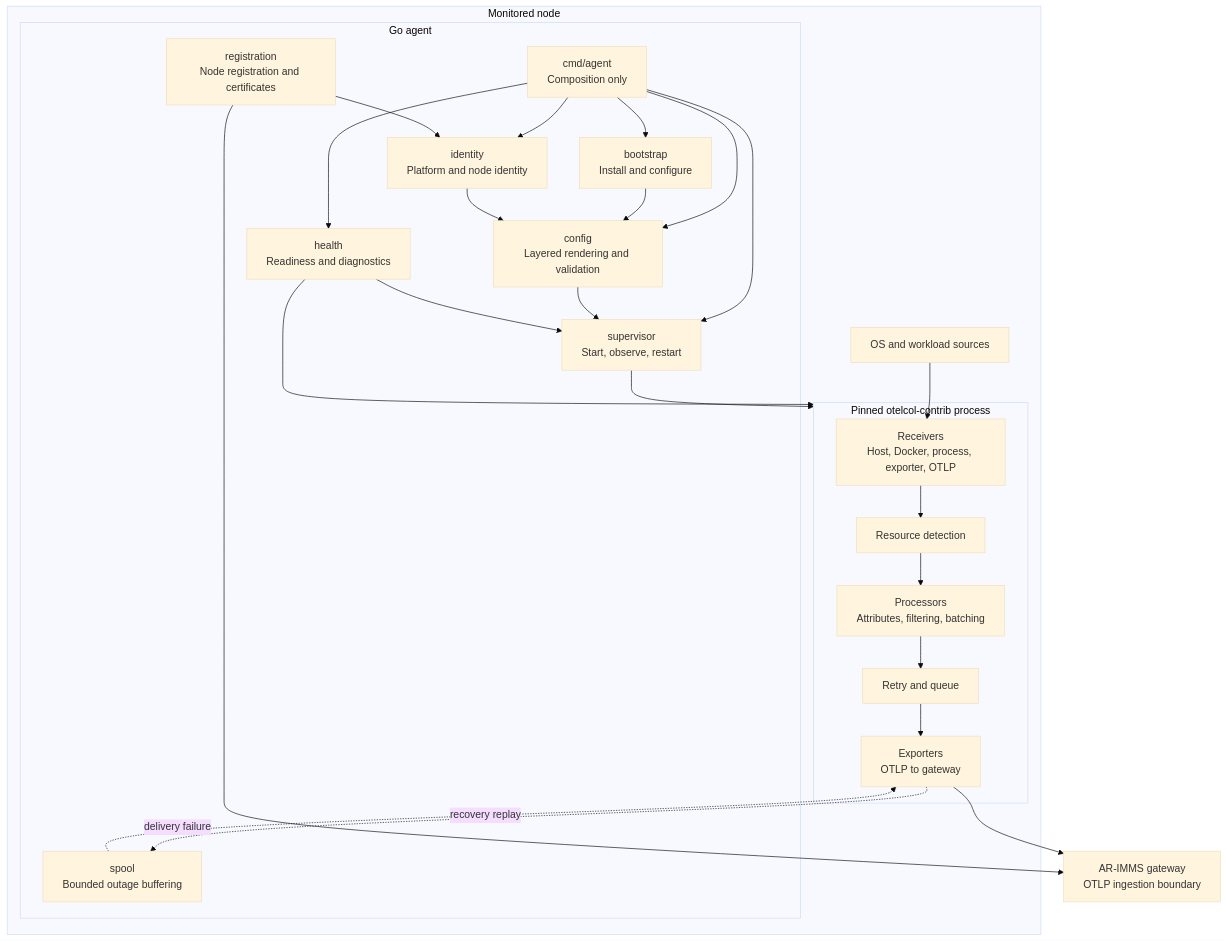
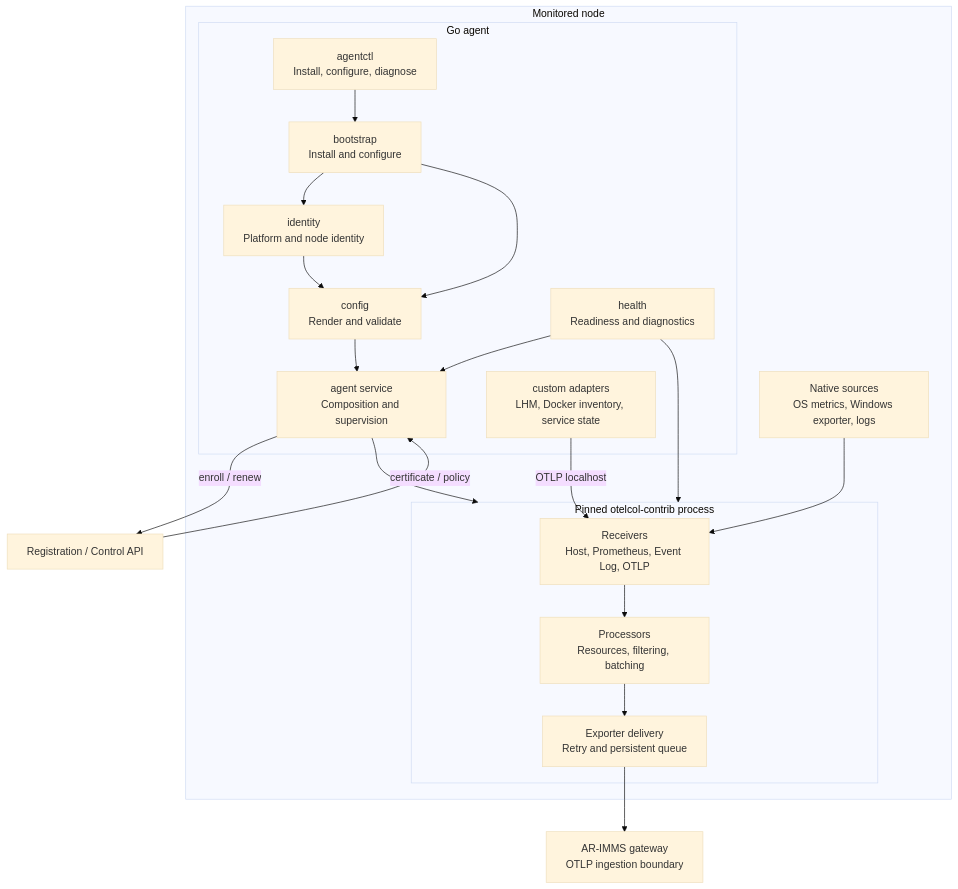
The first of 2 diagrams in docs/ARCHITECTURE.md (AR-IMMS/telemetry-agent), drawn with Mermaid (base theme) before and after one commit. The commit also changed other lines of this file, not shown here.

Commit message:
fix: architecture

`````diff
--- a/docs/ARCHITECTURE.md
+++ b/docs/ARCHITECTURE.md
@@ -26,45 +26,42 @@
 ```mermaid
 flowchart TD
     subgraph Node["Monitored node"]
         subgraph Agent["Go agent"]
-            Main["cmd/agent\nComposition only"]
-            Bootstrap["bootstrap\nInstall and configure"]
-            Identity["identity\nPlatform and node identity"]
-            Config["config\nLayered rendering and validation"]
-            Supervisor["supervisor\nStart, observe, restart"]
-            Health["health\nReadiness and diagnostics"]
-            Registration["registration\nNode registration and certificates"]
-            Spool["spool\nBounded outage buffering"]
+            CLI["agentctl<br/>Install, configure, diagnose"]
+            Runtime["agent service<br/>Composition and supervision"]
+            Bootstrap["bootstrap<br/>Install and configure"]
+            Identity["identity<br/>Platform and node identity"]
+            Config["config<br/>Render and validate"]
+            Adapters["custom adapters<br/>LHM, Docker inventory, service state"]
+            Health["health<br/>Readiness and diagnostics"]
         end
 
         subgraph OTel["Pinned otelcol-contrib process"]
-            Receivers["Receivers\nHost, Docker, process, exporter, OTLP"]
-            Resources["Resource detection"]
-            Processors["Processors\nAttributes, filtering, batching"]
-            Retry["Retry and queue"]
-            Exporters["Exporters\nOTLP to gateway"]
+            Receivers["Receivers<br/>Host, Prometheus, Event Log, OTLP"]
+            Pipeline["Processors<br/>Resources, filtering, batching"]
+            Delivery["Exporter delivery<br/>Retry and persistent queue"]
         end
 
-        Sources["OS and workload sources"]
+        Native["Native sources<br/>OS metrics, Windows exporter, logs"]
     end
 
-    Gateway["AR-IMMS gateway\nOTLP ingestion boundary"]
+    Control["Registration / Control API"]
+    Gateway["AR-IMMS gateway<br/>OTLP ingestion boundary"]
 
-    Main --> Bootstrap
-    Main --> Identity
-    Main --> Config
-    Main --> Supervisor
-    Main --> Health
+    CLI --> Bootstrap
+    Bootstrap --> Identity
     Bootstrap --> Config
     Identity --> Config
-    Config --> Supervisor
-    Supervisor --> OTel
-    Sources --> Receivers
-    Receivers --> Resources --> Processors --> Retry --> Exporters --> Gateway
-    Exporters -. delivery failure .-> Spool
-    Spool -. recovery replay .-> Exporters
-    Registration --> Identity
-    Registration --> Gateway
-    Health --> Supervisor
+    Config --> Runtime
+
+    Runtime --> OTel
+    Native --> Receivers
+    Adapters -->|OTLP localhost| Receivers
+    Receivers --> Pipeline --> Delivery --> Gateway
+
+    Runtime -->|enroll / renew| Control
+    Control -->|certificate / policy| Runtime
+
+    Health --> Runtime
     Health --> OTel
-```
+````
`````
